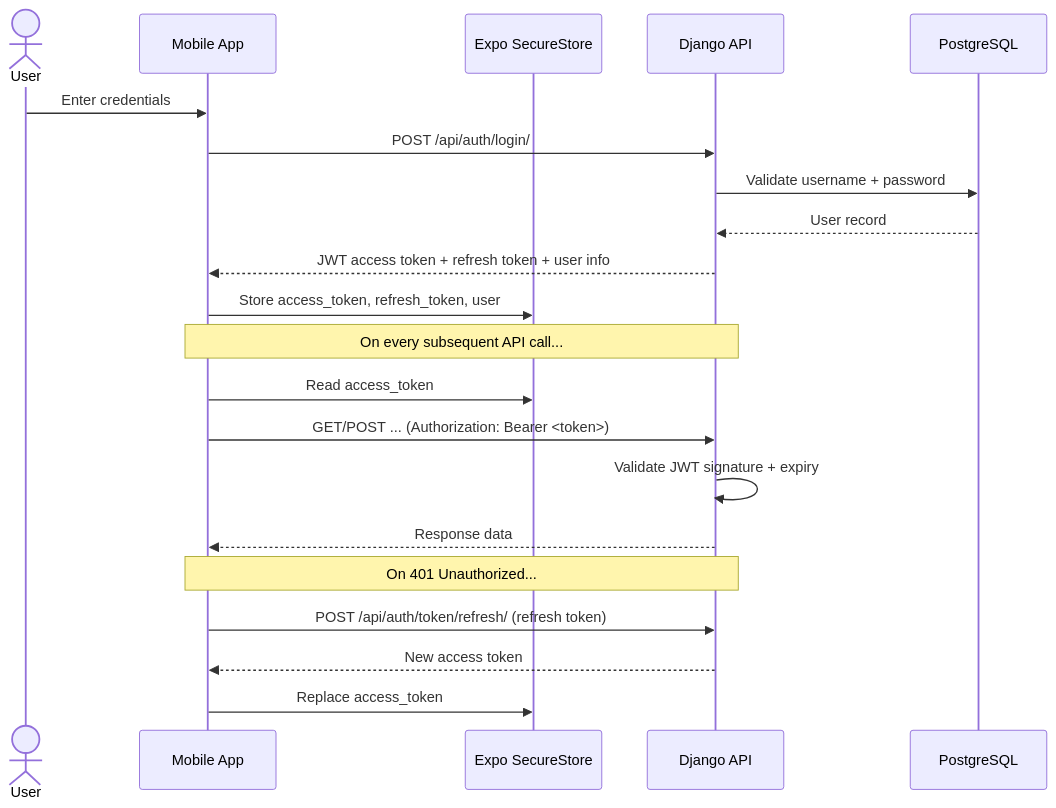
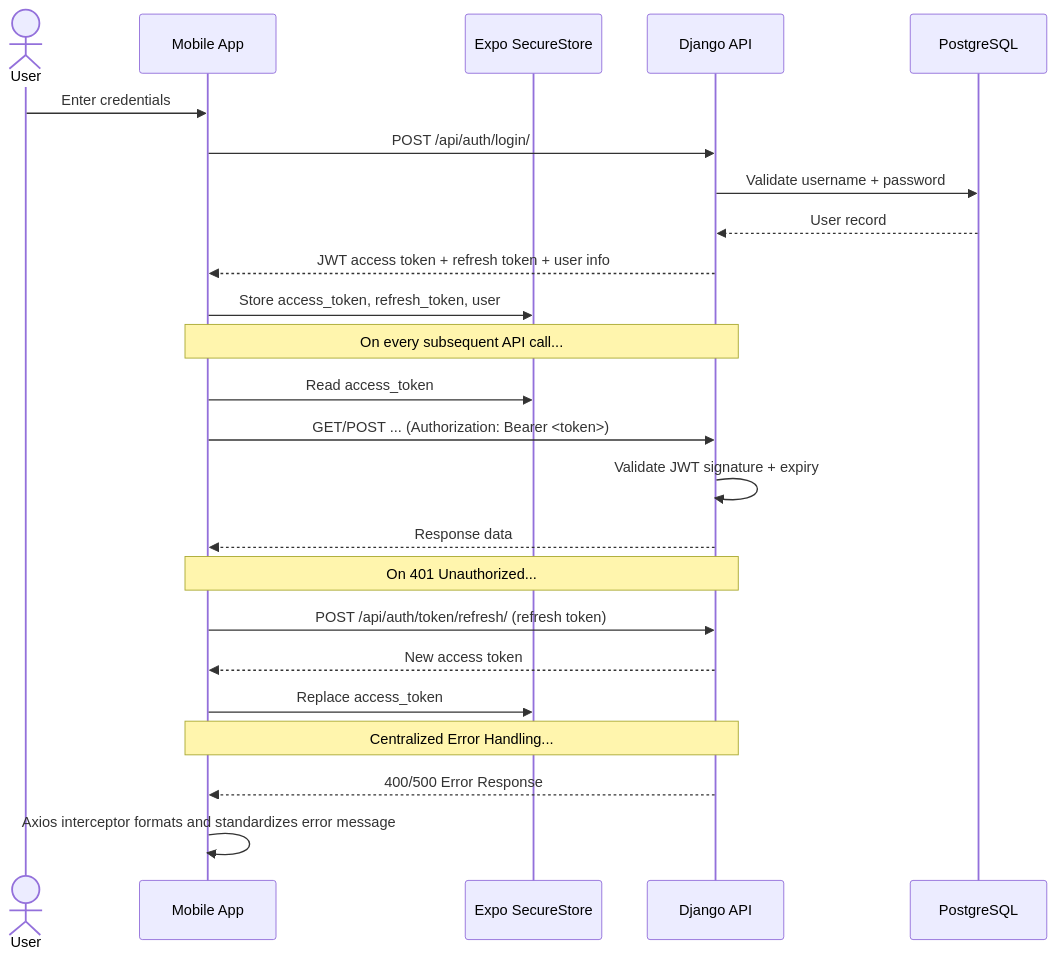
Before and after one commit to Cipher-Syntax/ARQuest: the second of 12 diagrams in data-flow.md, drawn with Mermaid. The commit also changed other lines of this file and 6 other files, not shown here.

Commit message:
docs: finalize architecture and conceptual docs after refactoring

````diff
--- a/data-flow.md
+++ b/data-flow.md
@@ -39,26 +39,30 @@
 ```mermaid
 sequenceDiagram
     actor User
     participant App as Mobile App
     participant SecureStore as Expo SecureStore
     participant API as Django API
     participant DB as PostgreSQL
 
     User->>App: Enter credentials
     App->>API: POST /api/auth/login/
     API->>DB: Validate username + password
     DB-->>API: User record
     API-->>App: JWT access token + refresh token + user info
     App->>SecureStore: Store access_token, refresh_token, user
 
     Note over App,API: On every subsequent API call...
     App->>SecureStore: Read access_token
     App->>API: GET/POST ... (Authorization: Bearer <token>)
     API->>API: Validate JWT signature + expiry
     API-->>App: Response data
 
     Note over App,API: On 401 Unauthorized...
     App->>API: POST /api/auth/token/refresh/ (refresh token)
     API-->>App: New access token
     App->>SecureStore: Replace access_token
+
+    Note over App,API: Centralized Error Handling...
+    API-->>App: 400/500 Error Response
+    App->>App: Axios interceptor formats and standardizes error message
 ```
````
